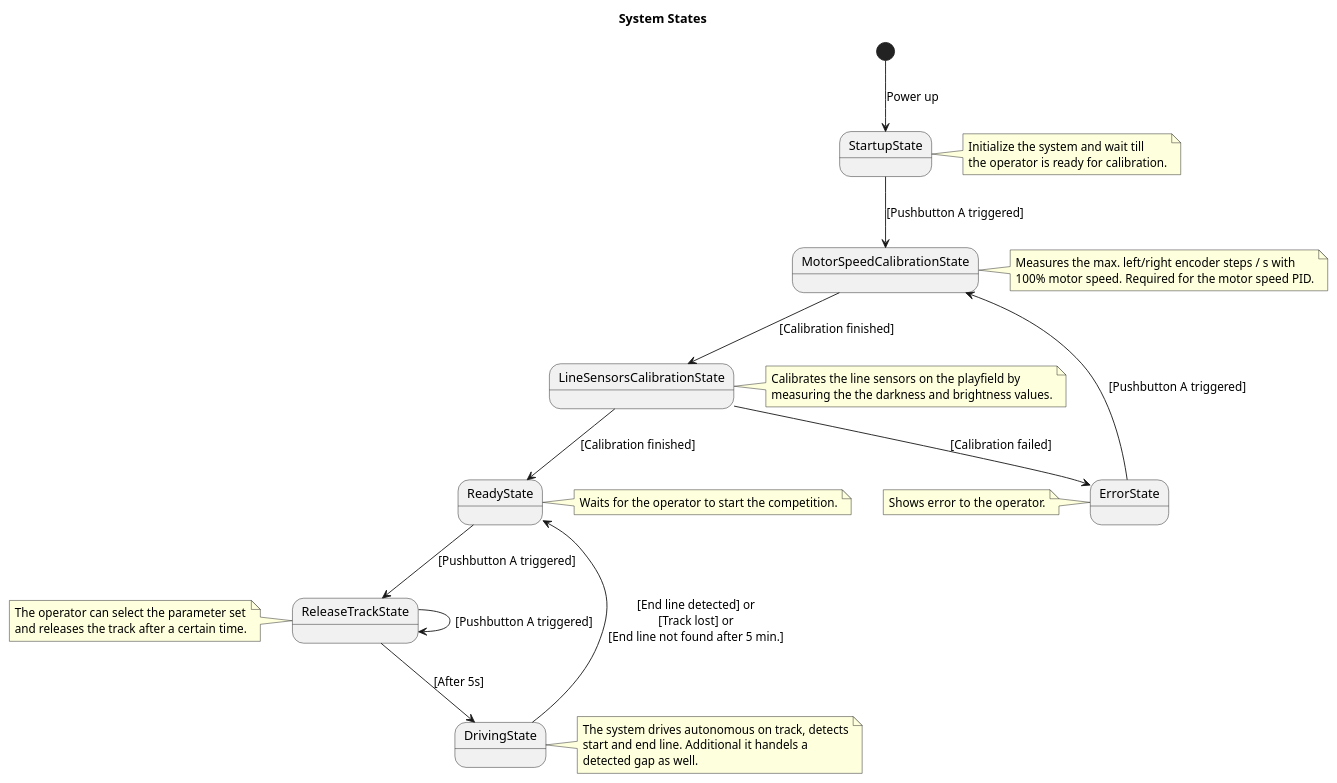
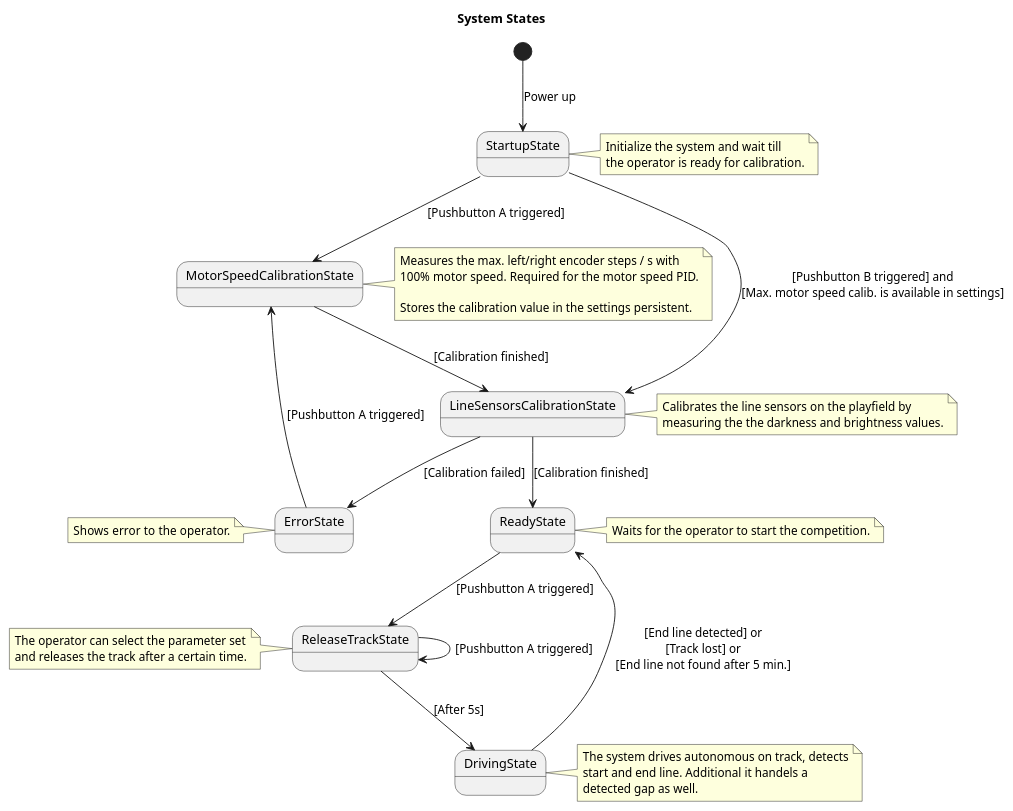
The diagram in doc/architecture/uml/ProcessView/LineFollower/SystemStates.plantuml (BlueAndi/RadonUlzer), drawn with PlantUML before and after one commit. The commit also changed 12 other files, not shown here.

Commit message:
The max. motor speed calibration can now be skipped in startup state by pressing "B" button. Button "A" will still calibrate the max. motor speed and stores the result now in the settings.

```diff
--- a/doc/architecture/uml/ProcessView/LineFollower/SystemStates.plantuml
+++ b/doc/architecture/uml/ProcessView/LineFollower/SystemStates.plantuml
@@ -1,58 +1,61 @@
 @startuml
 
 title System States
 
 state StartupState
 state MotorSpeedCalibrationState
 state LineSensorsCalibrationState
 state ErrorState
 state DrivingState
 state ReadyState
 state ReleaseTrackState
 
 [*] --> StartupState: Power up
 StartupState --> MotorSpeedCalibrationState: [Pushbutton A triggered]
+StartupState --> LineSensorsCalibrationState: [Pushbutton B triggered] and\n[Max. motor speed calib. is available in settings]
 MotorSpeedCalibrationState --> LineSensorsCalibrationState: [Calibration finished]
 LineSensorsCalibrationState --> ReadyState: [Calibration finished]
 LineSensorsCalibrationState --> ErrorState: [Calibration failed]
 ReadyState --> ReleaseTrackState: [Pushbutton A triggered]
 ReleaseTrackState --> DrivingState: [After 5s]
 ReleaseTrackState --> ReleaseTrackState: [Pushbutton A triggered]
 DrivingState --> ReadyState: [End line detected] or\n[Track lost] or\n[End line not found after 5 min.]
 ErrorState --> MotorSpeedCalibrationState: [Pushbutton A triggered]
 
 note right of StartupState
     Initialize the system and wait till
     the operator is ready for calibration.
 end note
 
 note right of MotorSpeedCalibrationState
     Measures the max. left/right encoder steps / s with
     100% motor speed. Required for the motor speed PID.
+
+    Stores the calibration value in the settings persistent.
 end note
 
 note right of LineSensorsCalibrationState
     Calibrates the line sensors on the playfield by
     measuring the the darkness and brightness values.
 end note
 
 note left of ErrorState
     Shows error to the operator.
 end note
 
 note right of ReadyState
     Waits for the operator to start the competition.
 end note
 
 note left of ReleaseTrackState
     The operator can select the parameter set
     and releases the track after a certain time.
 end note
 
 note right of DrivingState
     The system drives autonomous on track, detects
     start and end line. Additional it handels a
     detected gap as well.
 end note
 
 @enduml
```
